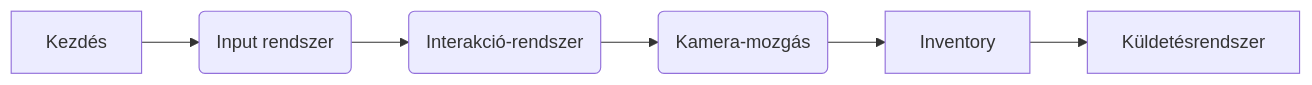
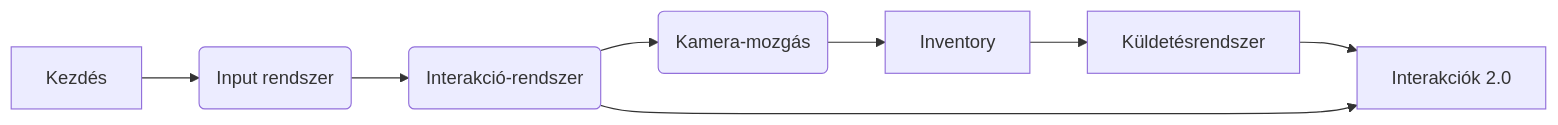
The diagram in README.md (bzoli40/secret-of-the-mist), drawn with Mermaid before and after one commit. The commit also changed other lines of this file, not shown here.

````diff
--- a/README.md
+++ b/README.md
@@ -49,8 +32,10 @@
 ```mermaid
 graph LR
 A[Kezdés] --> B(Input rendszer)
 B --> C(Interakció-rendszer)
 C --> D(Kamera-mozgás)
 D --> E[Inventory]
 E --> F[Küldetésrendszer]
+F --> G[Interakciók 2.0]
+C --> G
 ```
````
